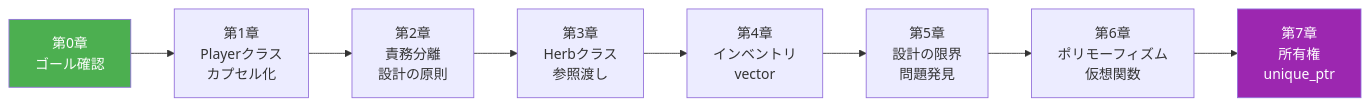
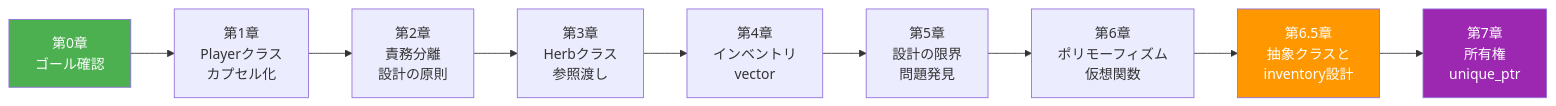
Diagram 11 of 11 in Cplus/chapter-07-smartptr.md (fuddt/Cplus), drawn with Mermaid before and after one commit. The commit also changed other lines of this file and 2 other files, not shown here.

````diff
--- a/Cplus/chapter-07-smartptr.md
+++ b/Cplus/chapter-07-smartptr.md
@@ -616,16 +525,18 @@
 ```mermaid
 flowchart LR
     C0["第0章<br/>ゴール確認"]
     C1["第1章<br/>Playerクラス<br/>カプセル化"]
     C2["第2章<br/>責務分離<br/>設計の原則"]
     C3["第3章<br/>Herbクラス<br/>参照渡し"]
     C4["第4章<br/>インベントリ<br/>vector"]
     C5["第5章<br/>設計の限界<br/>問題発見"]
     C6["第6章<br/>ポリモーフィズム<br/>仮想関数"]
+    C65["第6.5章<br/>抽象クラスと<br/>inventory設計"]
     C7["第7章<br/>所有権<br/>unique_ptr"]
 
-    C0 --> C1 --> C2 --> C3 --> C4 --> C5 --> C6 --> C7
+    C0 --> C1 --> C2 --> C3 --> C4 --> C5 --> C6 --> C65 --> C7
 
     style C0 fill:#4CAF50,color:#fff
+    style C65 fill:#FF9800,color:#fff
     style C7 fill:#9C27B0,color:#fff
 ```
````
